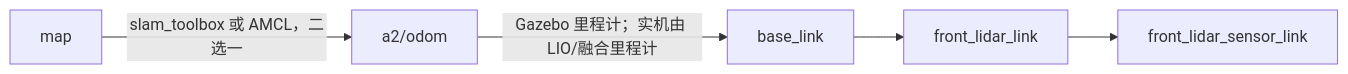
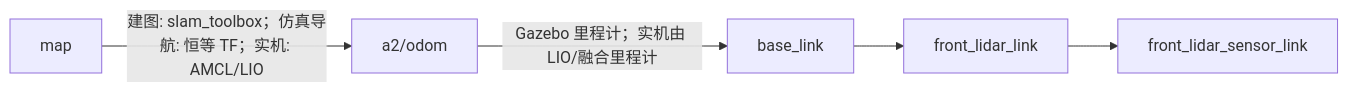
One commit to hezhou0331/ros2-nav2-mppi-gazebo-repro changed the second of 4 diagrams in README.md. Above: the diagram before and after it, drawn with Mermaid. The commit also changed other lines of this file and 40 other files, not shown here.

````diff
--- a/README.md
+++ b/README.md
@@ -76,7 +99,7 @@
 ```mermaid
 flowchart LR
-    M["map"] -->|slam_toolbox 或 AMCL，二选一| D["a2/odom"]
+    M["map"] -->|建图: slam_toolbox；仿真导航: 恒等 TF；实机: AMCL/LIO| D["a2/odom"]
     D -->|Gazebo 里程计；实机由 LIO/融合里程计| B["base_link"]
     B --> X["front_lidar_link"]
     X --> Y["front_lidar_sensor_link"]
 ```
````
